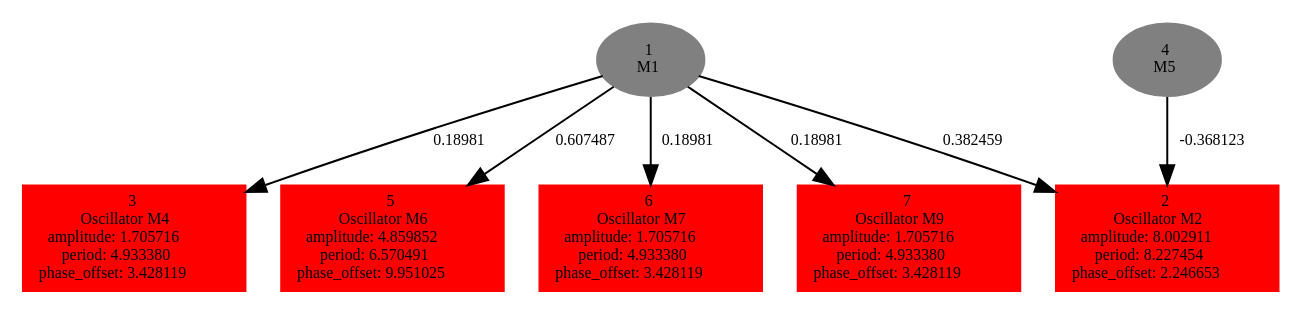
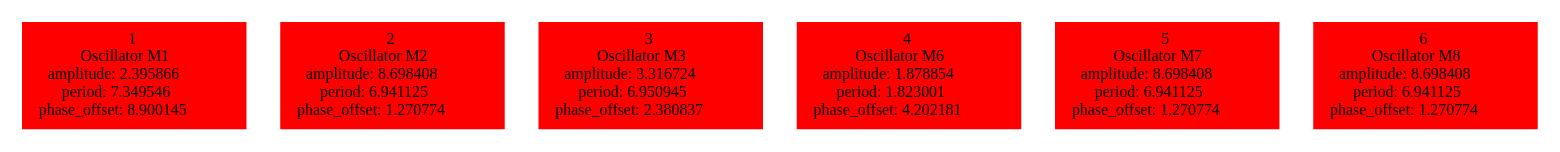
Before and after one commit to karinemiras/l-system: the diagram in experiments/locomotion1/offspringpop10/tempbrain.dot, drawn with Graphviz. The commit also changed 390 other files, not shown here.

```diff
--- a/experiments/locomotion1/offspringpop10/tempbrain.dot
+++ b/experiments/locomotion1/offspringpop10/tempbrain.dot
@@ -1,15 +1,8 @@
  digraph g{ forcelabels=true;
-1[label=<1<BR/>M1>,color="grey",style=filled,fontsize=8];
-2 [label=<2<BR />Oscillator M2<BR /> amplitude: 8.002911<BR /> period: 8.227454<BR /> phase_offset: 2.246653>, shape=box,color=red,style=filled,fontsize=8];
-3 [label=<3<BR />Oscillator M4<BR /> amplitude: 1.705716<BR /> period: 4.933380<BR /> phase_offset: 3.428119>, shape=box,color=red,style=filled,fontsize=8];
-4[label=<4<BR/>M5>,color="grey",style=filled,fontsize=8];
-5 [label=<5<BR />Oscillator M6<BR /> amplitude: 4.859852<BR /> period: 6.570491<BR /> phase_offset: 9.951025>, shape=box,color=red,style=filled,fontsize=8];
-6 [label=<6<BR />Oscillator M7<BR /> amplitude: 1.705716<BR /> period: 4.933380<BR /> phase_offset: 3.428119>, shape=box,color=red,style=filled,fontsize=8];
-7 [label=<7<BR />Oscillator M9<BR /> amplitude: 1.705716<BR /> period: 4.933380<BR /> phase_offset: 3.428119>, shape=box,color=red,style=filled,fontsize=8];
-1 -> 2[label="0.382459 ",fontsize="8"];
-1 -> 3[label="0.18981 ",fontsize="8"];
-1 -> 5[label="0.607487 ",fontsize="8"];
-1 -> 6[label="0.18981 ",fontsize="8"];
-1 -> 7[label="0.18981 ",fontsize="8"];
-4 -> 2[label="-0.368123 ",fontsize="8"];
+1 [label=<1<BR />Oscillator M1<BR /> amplitude: 2.395866<BR /> period: 7.349546<BR /> phase_offset: 8.900145>, shape=box,color=red,style=filled,fontsize=8];
+2 [label=<2<BR />Oscillator M2<BR /> amplitude: 8.698408<BR /> period: 6.941125<BR /> phase_offset: 1.270774>, shape=box,color=red,style=filled,fontsize=8];
+3 [label=<3<BR />Oscillator M3<BR /> amplitude: 3.316724<BR /> period: 6.950945<BR /> phase_offset: 2.380837>, shape=box,color=red,style=filled,fontsize=8];
+4 [label=<4<BR />Oscillator M6<BR /> amplitude: 1.878854<BR /> period: 1.823001<BR /> phase_offset: 4.202181>, shape=box,color=red,style=filled,fontsize=8];
+5 [label=<5<BR />Oscillator M7<BR /> amplitude: 8.698408<BR /> period: 6.941125<BR /> phase_offset: 1.270774>, shape=box,color=red,style=filled,fontsize=8];
+6 [label=<6<BR />Oscillator M8<BR /> amplitude: 8.698408<BR /> period: 6.941125<BR /> phase_offset: 1.270774>, shape=box,color=red,style=filled,fontsize=8];
  }
```
